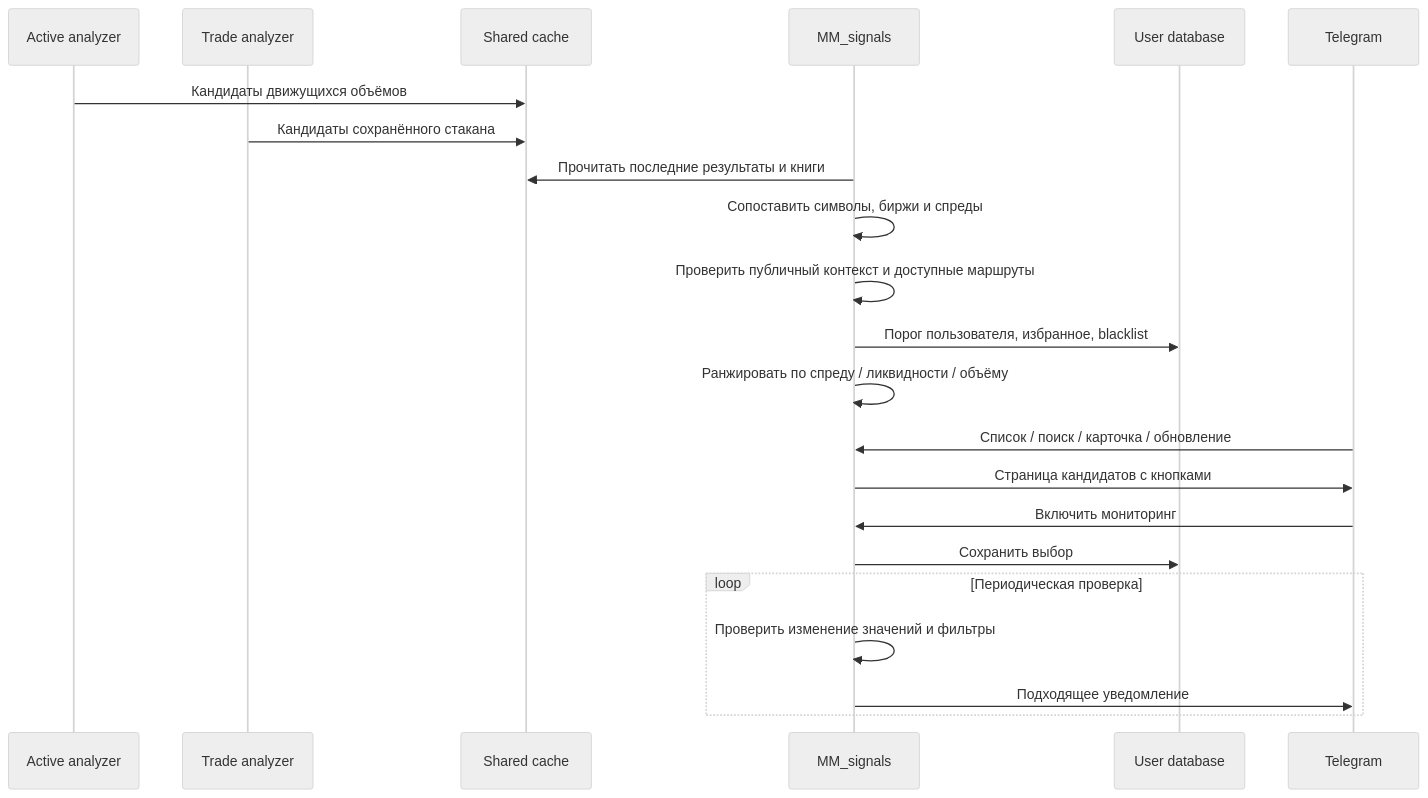
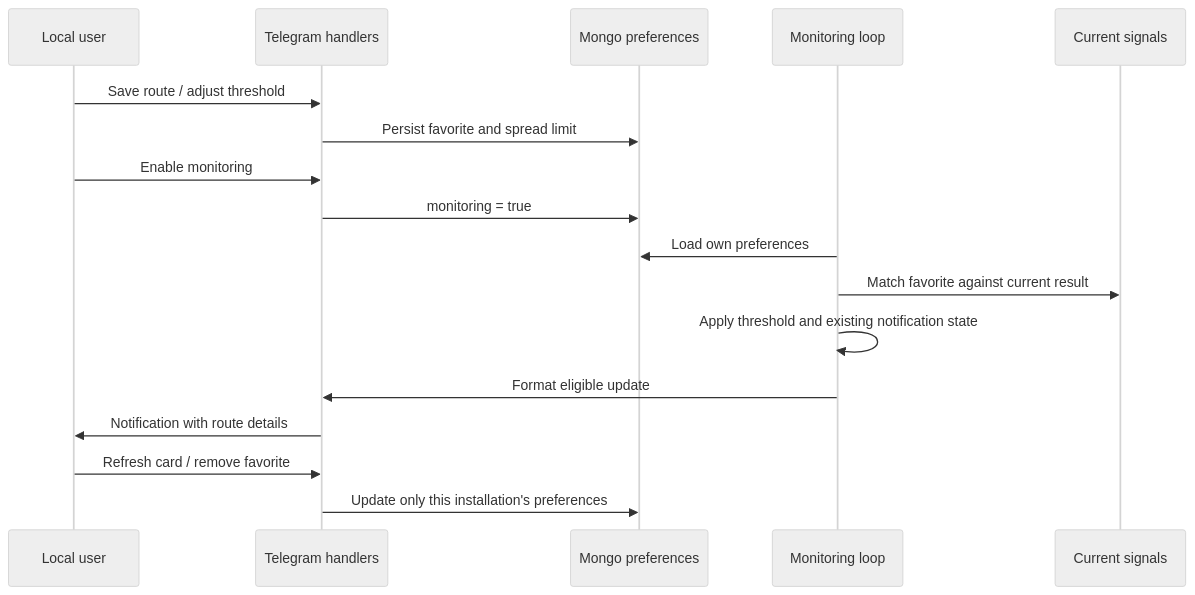
One commit to salyahcrypto1-beep/sc-market-maker changed the tenth of 14 diagrams in docs/ARCHITECTURE.md. Above: the diagram before and after it, drawn with Mermaid (neutral theme). The commit also changed other lines of this file and 38 other files, not shown here.

````diff
--- a/docs/ARCHITECTURE.md
+++ b/docs/ARCHITECTURE.md
@@ -93,24 +219,19 @@
 ```mermaid
 sequenceDiagram
-    participant A as Active analyzer
-    participant P as Trade analyzer
-    participant C as Shared cache
-    participant U as MM_signals
-    participant D as User database
-    participant T as Telegram
-    A->>C: Кандидаты движущихся объёмов
-    P->>C: Кандидаты сохранённого стакана
-    U->>C: Прочитать последние результаты и книги
-    U->>U: Сопоставить символы, биржи и спреды
-    U->>U: Проверить публичный контекст и доступные маршруты
-    U->>D: Порог пользователя, избранное, blacklist
-    U->>U: Ранжировать по спреду / ликвидности / объёму
-    T->>U: Список / поиск / карточка / обновление
-    U->>T: Страница кандидатов с кнопками
-    T->>U: Включить мониторинг
-    U->>D: Сохранить выбор
-    loop Периодическая проверка
-      U->>U: Проверить изменение значений и фильтры
-      U->>T: Подходящее уведомление
-    end
+    participant U as Local user
+    participant T as Telegram handlers
+    participant D as Mongo preferences
+    participant M as Monitoring loop
+    participant S as Current signals
+    U->>T: Save route / adjust threshold
+    T->>D: Persist favorite and spread limit
+    U->>T: Enable monitoring
+    T->>D: monitoring = true
+    M->>D: Load own preferences
+    M->>S: Match favorite against current result
+    M->>M: Apply threshold and existing notification state
+    M->>T: Format eligible update
+    T->>U: Notification with route details
+    U->>T: Refresh card / remove favorite
+    T->>D: Update only this installation's preferences
 ```
````
